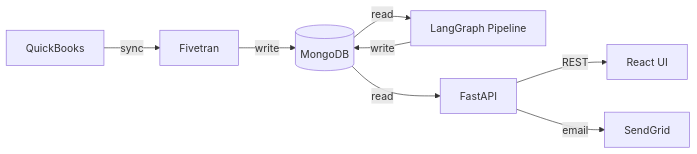
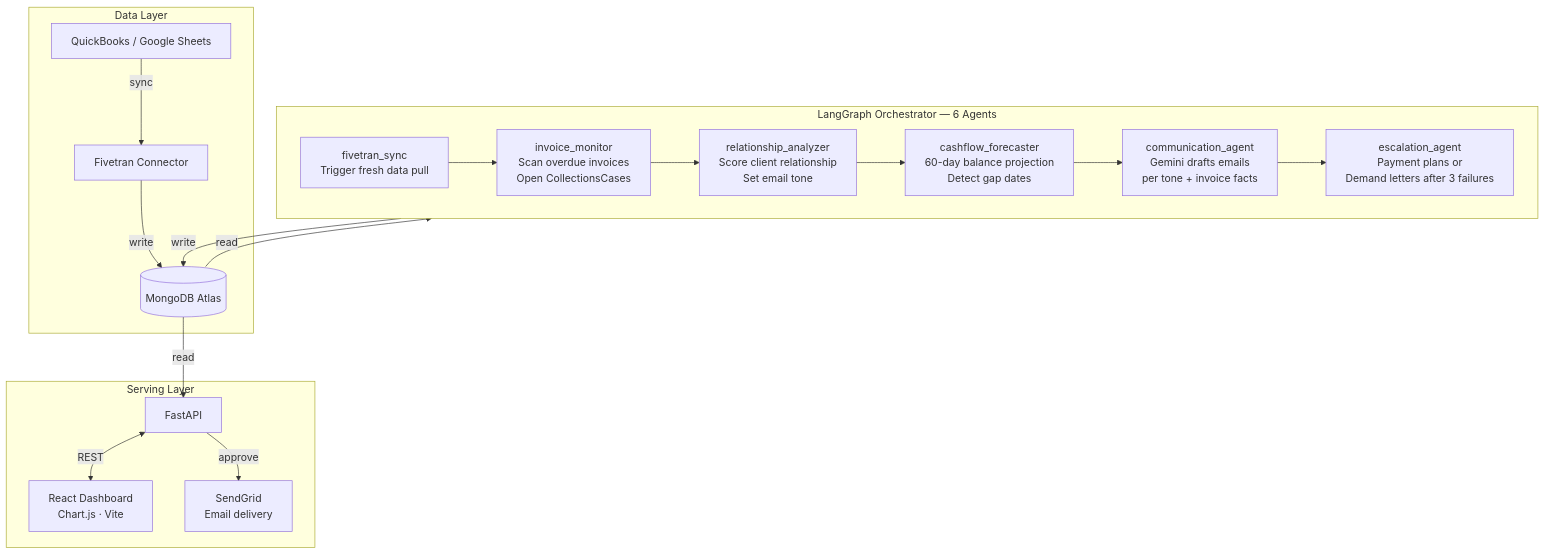
The first of 5 diagrams in README.md (sivasundharam/cashguard), drawn with Mermaid before and after one commit. The commit also changed other lines of this file, not shown here.

Commit message:
docs: restore full diagrams from 0d05af7 with wrappingWidth 1000

````diff
--- a/README.md
+++ b/README.md
@@ -17,9 +17,32 @@
 ```mermaid
-flowchart LR
-    QBO["QuickBooks"] -->|sync| FT["Fivetran"] -->|write| DB[("MongoDB")]
-    DB -->|read| PIPE["LangGraph Pipeline"]
-    PIPE -->|write| DB
-    DB -->|read| API["FastAPI"]
-    API -->|REST| UI["React UI"]
-    API -->|email| SG["SendGrid"]
+%%{init: {"flowchart": {"wrappingWidth": 1000}}}%%
+flowchart TD
+    subgraph Data["Data Layer"]
+        QBO["QuickBooks / Google Sheets"]
+        FT["Fivetran Connector"]
+        MONGO[("MongoDB Atlas")]
+        QBO -->|sync| FT -->|write| MONGO
+    end
+
+    subgraph Pipeline["LangGraph Orchestrator — 6 Agents"]
+        A1["fivetran_sync<br/>Trigger fresh data pull"]
+        A2["invoice_monitor<br/>Scan overdue invoices<br/>Open CollectionsCases"]
+        A3["relationship_analyzer<br/>Score client relationship<br/>Set email tone"]
+        A4["cashflow_forecaster<br/>60-day balance projection<br/>Detect gap dates"]
+        A5["communication_agent<br/>Gemini drafts emails<br/>per tone + invoice facts"]
+        A6["escalation_agent<br/>Payment plans or<br/>Demand letters after 3 failures"]
+        A1 --> A2 --> A3 --> A4 --> A5 --> A6
+    end
+
+    subgraph Serving["Serving Layer"]
+        API["FastAPI"]
+        UI["React Dashboard<br/>Chart.js · Vite"]
+        SG["SendGrid<br/>Email delivery"]
+        API <-->|REST| UI
+        API -->|approve| SG
+    end
+
+    MONGO -->|read| Pipeline
+    Pipeline -->|write| MONGO
+    MONGO -->|read| API
 ```
````
